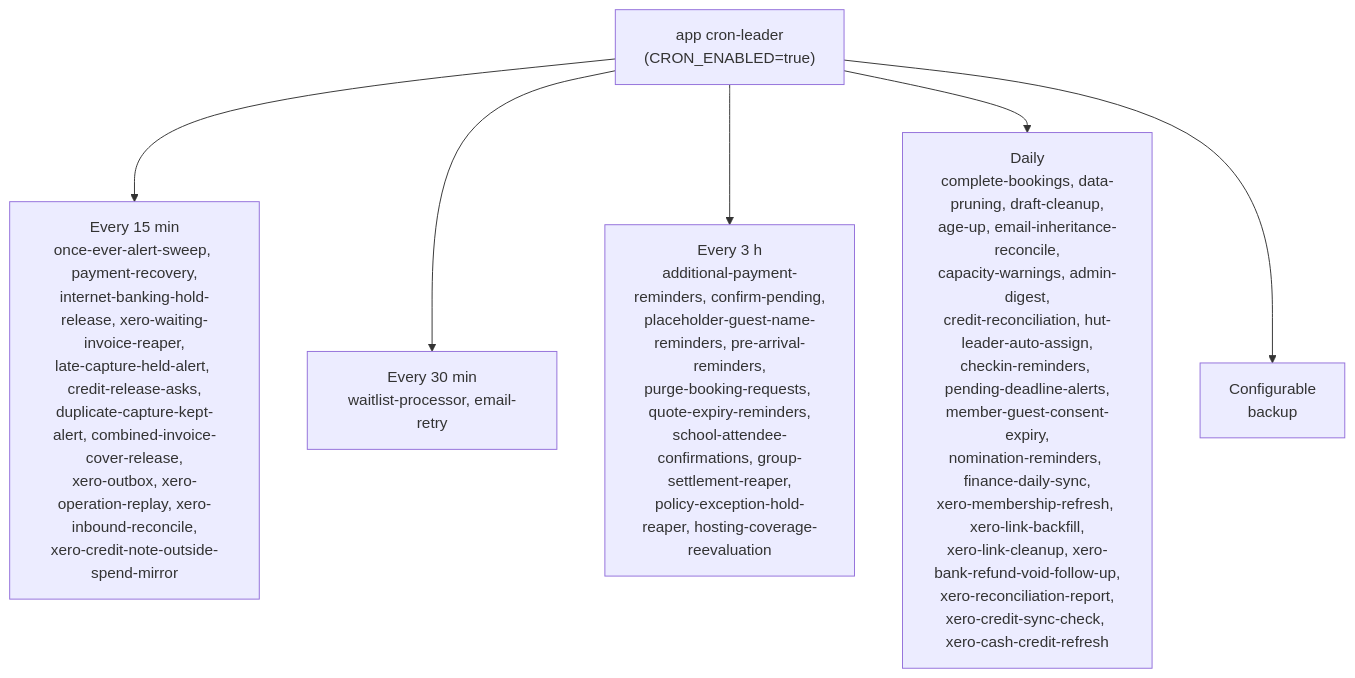
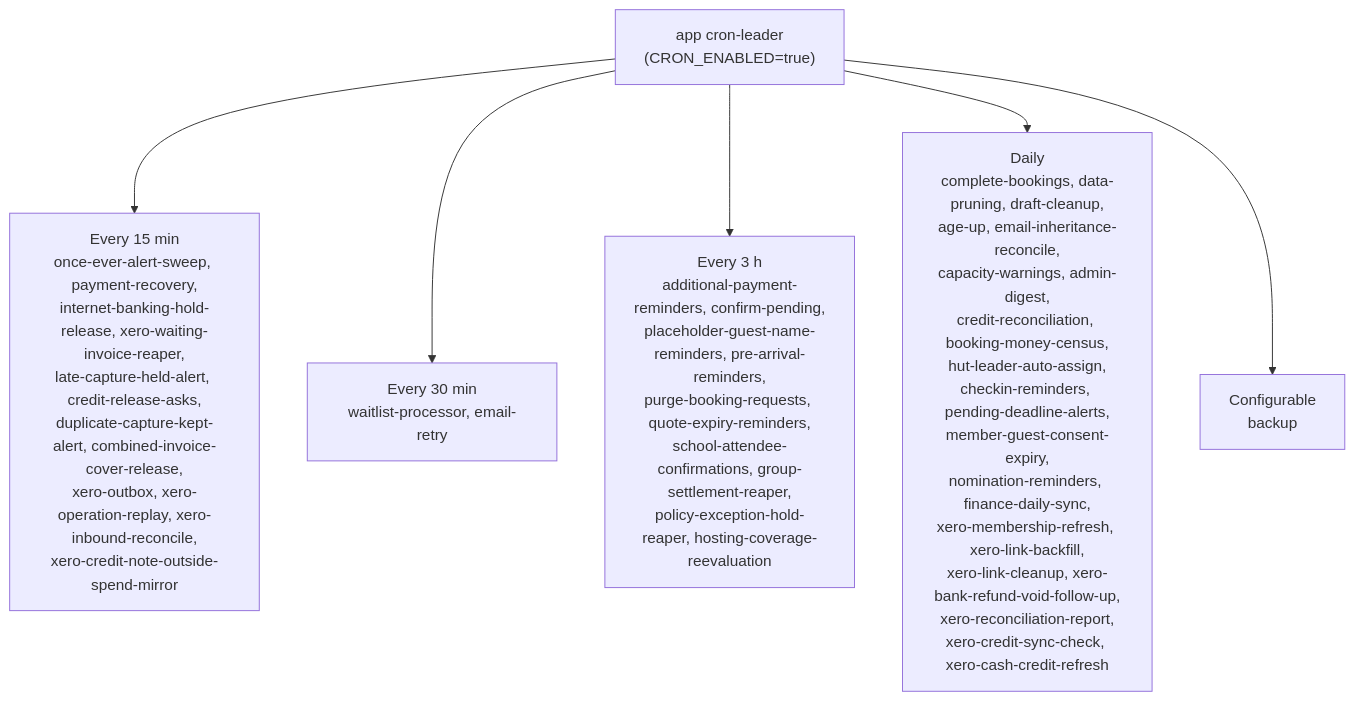
Before and after one commit to thatskiff33/AlpineClubBookingsNZ: the fifth of 5 diagrams in docs/ARCHITECTURE.md, drawn with Mermaid. The commit also changed other lines of this file and 4 other files, not shown here.

Commit message:
Document the nightly booking money check in the cron, maintenance and Stuck States docs (#4910)

````diff
--- a/docs/ARCHITECTURE.md
+++ b/docs/ARCHITECTURE.md
@@ -3665,9 +3673,9 @@
 ```mermaid
 flowchart TD
     Leader["app cron-leader<br/>(CRON_ENABLED=true)"]
     Leader --> Q15["Every 15 min<br/>once-ever-alert-sweep, payment-recovery,<br/>internet-banking-hold-release, xero-waiting-invoice-reaper,<br/>late-capture-held-alert, credit-release-asks,<br/>duplicate-capture-kept-alert, combined-invoice-cover-release,<br/>xero-outbox, xero-operation-replay, xero-inbound-reconcile,<br/>xero-credit-note-outside-spend-mirror"]
     Leader --> Q30["Every 30 min<br/>waitlist-processor, email-retry"]
     Leader --> Q3h["Every 3 h<br/>additional-payment-reminders, confirm-pending,<br/>placeholder-guest-name-reminders, pre-arrival-reminders,<br/>purge-booking-requests, quote-expiry-reminders,<br/>school-attendee-confirmations, group-settlement-reaper,<br/>policy-exception-hold-reaper, hosting-coverage-reevaluation"]
-    Leader --> Daily["Daily<br/>complete-bookings, data-pruning, draft-cleanup,<br/>age-up, email-inheritance-reconcile,<br/>capacity-warnings, admin-digest,<br/>credit-reconciliation, hut-leader-auto-assign,<br/>checkin-reminders, pending-deadline-alerts,<br/>member-guest-consent-expiry,<br/>nomination-reminders, finance-daily-sync,<br/>xero-membership-refresh, xero-link-backfill,<br/>xero-link-cleanup, xero-bank-refund-void-follow-up,<br/>xero-reconciliation-report,<br/>xero-credit-sync-check, xero-cash-credit-refresh"]
+    Leader --> Daily["Daily<br/>complete-bookings, data-pruning, draft-cleanup,<br/>age-up, email-inheritance-reconcile,<br/>capacity-warnings, admin-digest,<br/>credit-reconciliation, booking-money-census,<br/>hut-leader-auto-assign,<br/>checkin-reminders, pending-deadline-alerts,<br/>member-guest-consent-expiry,<br/>nomination-reminders, finance-daily-sync,<br/>xero-membership-refresh, xero-link-backfill,<br/>xero-link-cleanup, xero-bank-refund-void-follow-up,<br/>xero-reconciliation-report,<br/>xero-credit-sync-check, xero-cash-credit-refresh"]
     Leader --> Cfg["Configurable<br/>backup"]
 ```
````
